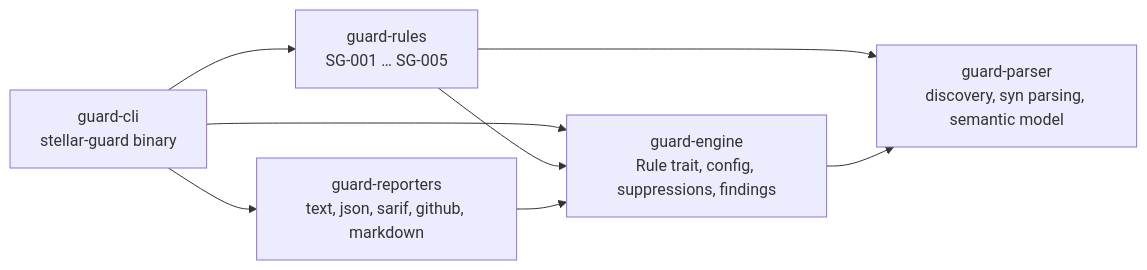
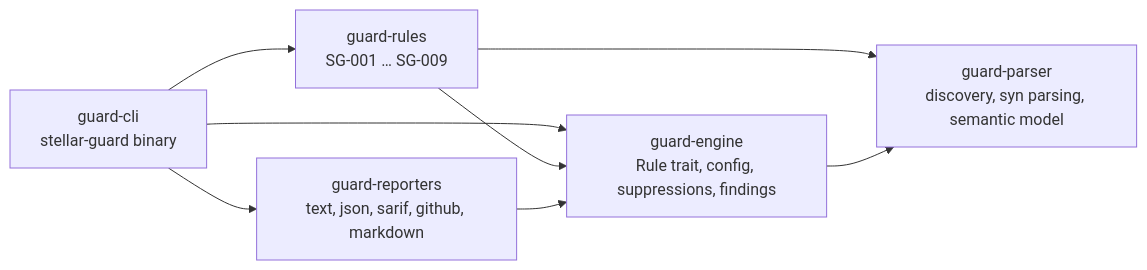
Before and after one commit to Sundriveauto/Soroban-Security-Rules-Toolkit: the first of 2 diagrams in docs/architecture.md, drawn with Mermaid. The commit also changed 5 other files, not shown here.

````diff
--- a/docs/architecture.md
+++ b/docs/architecture.md
@@ -5,10 +5,10 @@
 ```mermaid
 flowchart LR
-    CLI["guard-cli<br/>stellar-guard binary"] --> RULES["guard-rules<br/>SG-001 … SG-005"]
+    CLI["guard-cli<br/>stellar-guard binary"] --> RULES["guard-rules<br/>SG-001 … SG-009"]
     CLI --> REP["guard-reporters<br/>text, json, sarif, github, markdown"]
     CLI --> ENG
     RULES --> ENG["guard-engine<br/>Rule trait, config, suppressions, findings"]
     REP --> ENG
     RULES --> PAR
     ENG --> PAR["guard-parser<br/>discovery, syn parsing, semantic model"]
 ```
````
